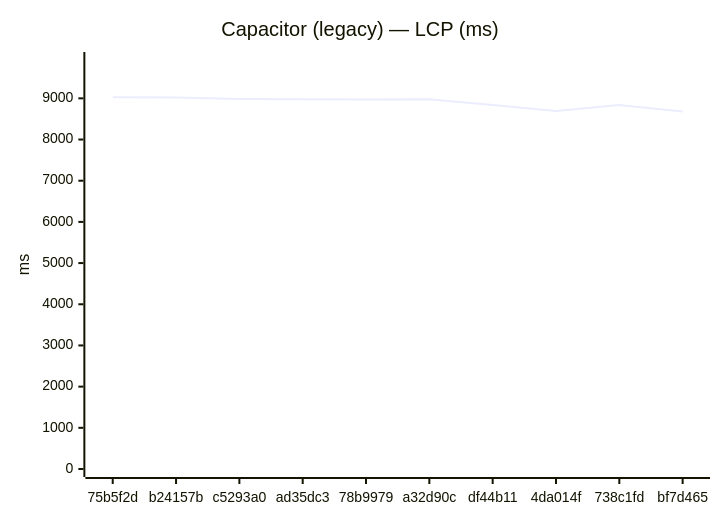
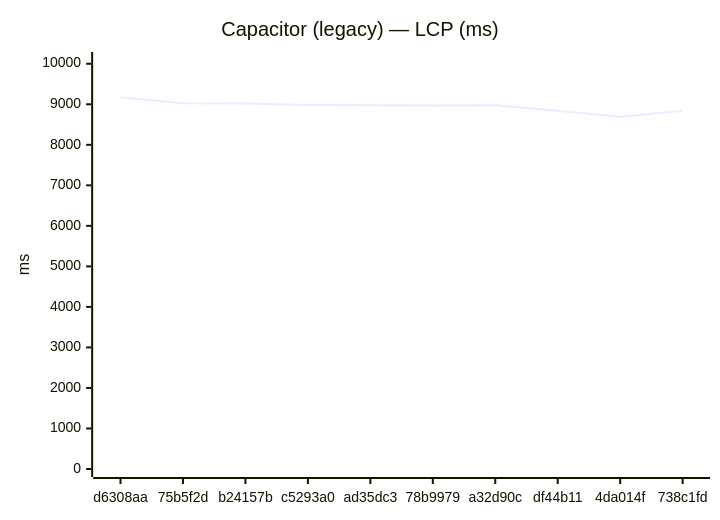
Before and after one commit to Metaheurist/Rianell: the fifth of 24 diagrams in benchmarks/compare.md, drawn with Mermaid. The commit also changed other lines of this file and 14 other files, not shown here.

````diff
--- a/benchmarks/compare.md
+++ b/benchmarks/compare.md
@@ -84,7 +84,7 @@
 ```mermaid
 xychart-beta
     title "Capacitor (legacy) — LCP (ms)"
-    x-axis ["75b5f2d", "b24157b", "c5293a0", "ad35dc3", "78b9979", "a32d90c", "df44b11", "4da014f", "738c1fd", "bf7d465"]
-    y-axis "ms" 0 --> 9931
-    line [9028, 9021, 8982, 8976, 8972, 8979, 8838, 8693, 8838, 8681]
+    x-axis ["d6308aa", "75b5f2d", "b24157b", "c5293a0", "ad35dc3", "78b9979", "a32d90c", "df44b11", "4da014f", "738c1fd"]
+    y-axis "ms" 0 --> 10093
+    line [9175, 9028, 9021, 8982, 8976, 8972, 8979, 8838, 8693, 8838]
 ```
````
